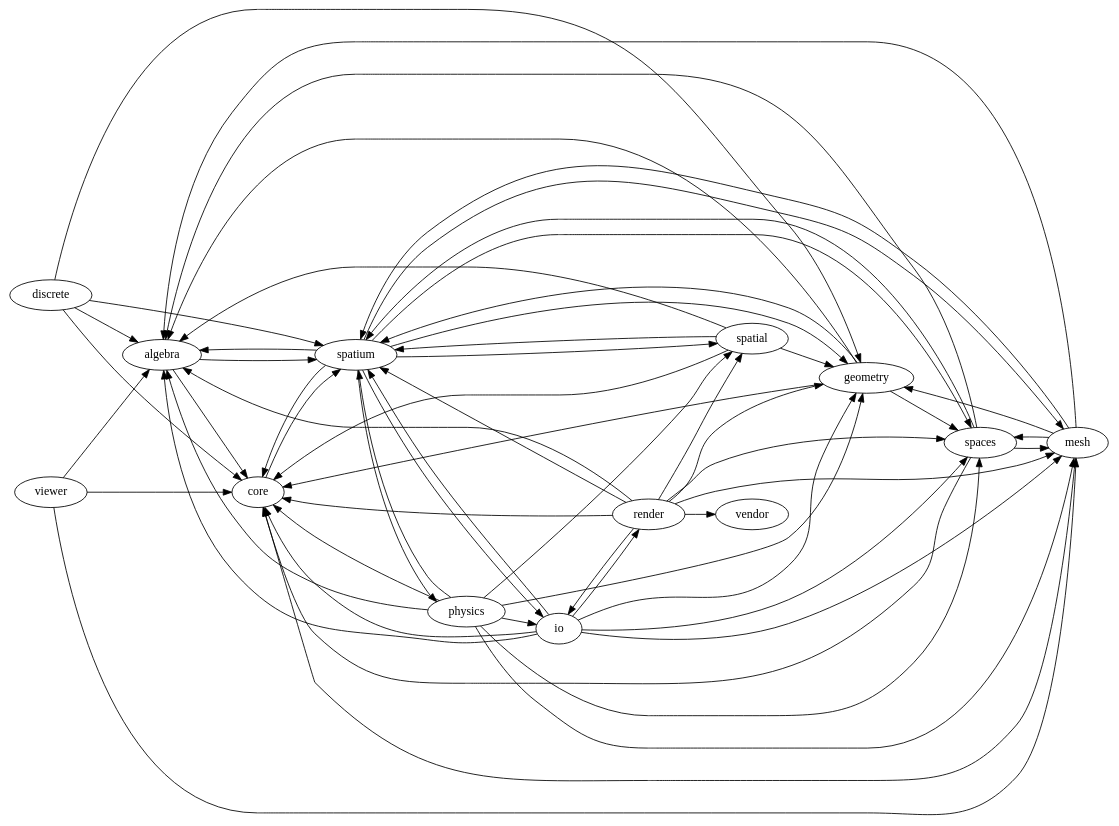
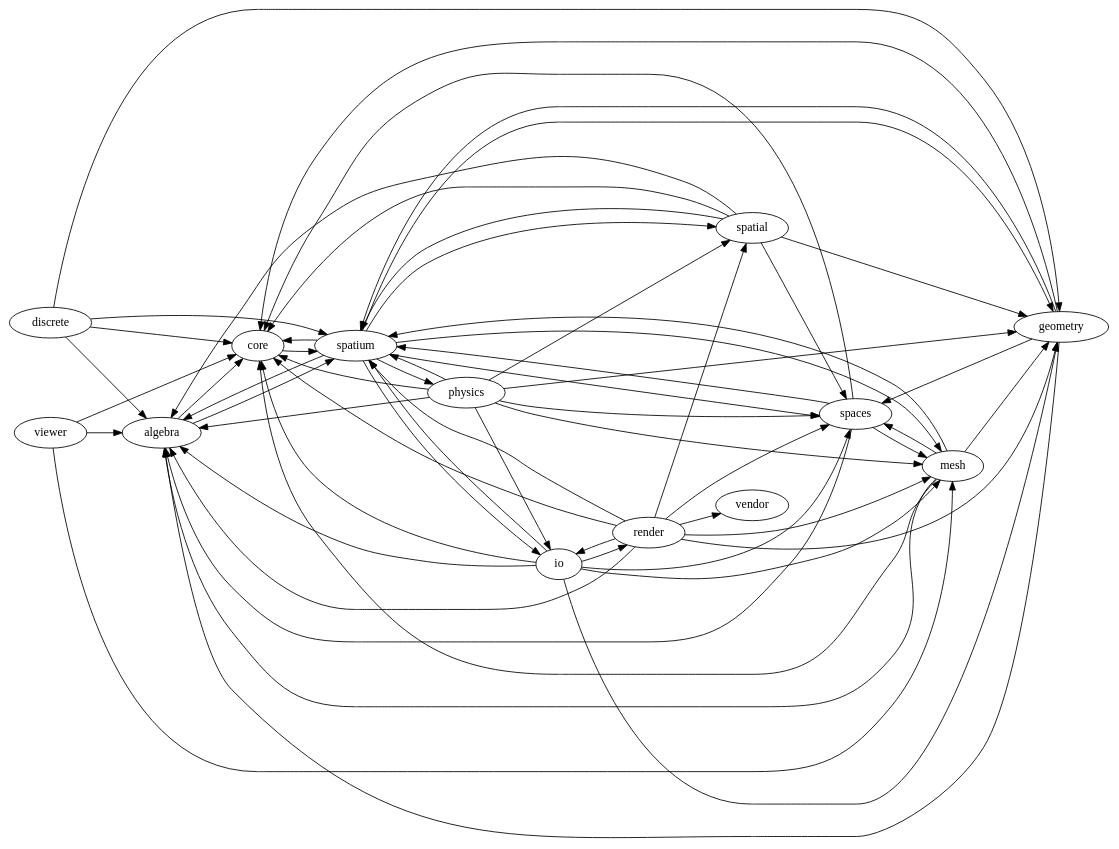
The diagram in docs/dependency-graph.dot (Vaniell0/spatium), drawn with Graphviz before and after one commit. The commit also changed 7 other files, not shown here.

```diff
--- a/docs/dependency-graph.dot
+++ b/docs/dependency-graph.dot
@@ -1,62 +1,63 @@
 digraph spatium_dependencies {
     rankdir=LR;
     "algebra" -> "core";
     "algebra" -> "spatium";
     "core" -> "spatium";
     "discrete" -> "algebra";
     "discrete" -> "core";
     "discrete" -> "geometry";
     "discrete" -> "spatium";
     "geometry" -> "algebra";
     "geometry" -> "core";
     "geometry" -> "spaces";
     "geometry" -> "spatium";
     "io" -> "algebra";
     "io" -> "core";
     "io" -> "geometry";
     "io" -> "mesh";
     "io" -> "render";
     "io" -> "spaces";
     "io" -> "spatium";
     "mesh" -> "algebra";
     "mesh" -> "core";
     "mesh" -> "geometry";
     "mesh" -> "spaces";
     "mesh" -> "spatium";
     "physics" -> "algebra";
     "physics" -> "core";
     "physics" -> "geometry";
     "physics" -> "io";
     "physics" -> "mesh";
     "physics" -> "spaces";
     "physics" -> "spatial";
     "physics" -> "spatium";
     "render" -> "algebra";
     "render" -> "core";
     "render" -> "geometry";
     "render" -> "io";
     "render" -> "mesh";
     "render" -> "spaces";
     "render" -> "spatial";
     "render" -> "spatium";
     "render" -> "vendor";
     "spaces" -> "algebra";
     "spaces" -> "core";
     "spaces" -> "mesh";
     "spaces" -> "spatium";
     "spatial" -> "algebra";
     "spatial" -> "core";
     "spatial" -> "geometry";
+    "spatial" -> "spaces";
     "spatial" -> "spatium";
     "spatium" -> "algebra";
     "spatium" -> "core";
     "spatium" -> "geometry";
     "spatium" -> "io";
     "spatium" -> "mesh";
     "spatium" -> "physics";
     "spatium" -> "spaces";
     "spatium" -> "spatial";
     "viewer" -> "algebra";
     "viewer" -> "core";
     "viewer" -> "mesh";
 }
```
